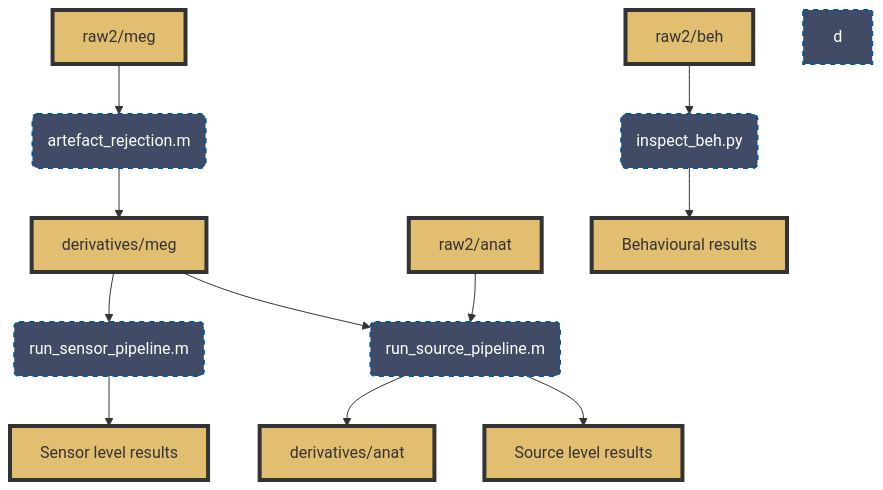
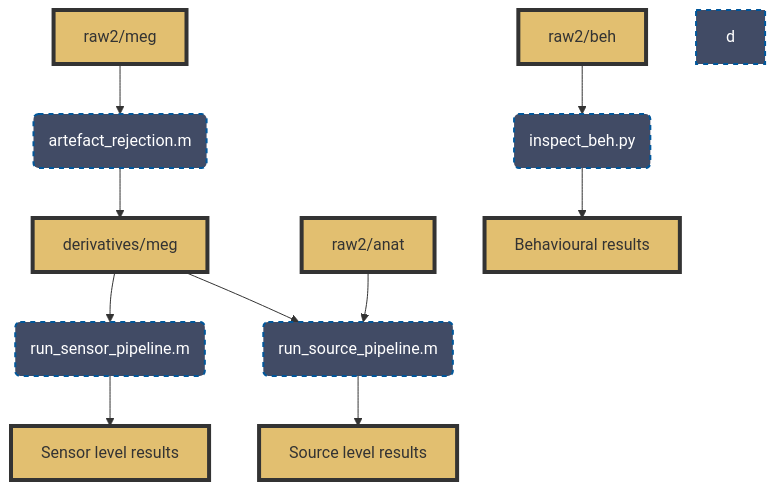
The first of 2 diagrams in README.md (henneysq/meg-ahat), drawn with Mermaid before and after one commit. The commit also changed other lines of this file, not shown here.

````diff
--- a/README.md
+++ b/README.md
@@ -146,26 +143,25 @@
 ```mermaid
 graph TD;
     A[raw2/meg]-->a(artefact_rejection.m)-->B[derivatives/meg];
     
     B-->b(run_sensor_pipeline.m)-->D[Sensor level results]
 
-    C[raw2/anat]-->c(run_source_pipeline.m)-->E[derivatives/anat]
+    C[raw2/anat]-->c(run_source_pipeline.m)
     
     B-->c-->F[Source level results]
 
     G[raw2/beh]-->e(inspect_beh.py)-->H[Behavioural results]
     
     style a fill:#414b65,stroke:#01579b,stroke-width:2px,color:#FFFFFF,stroke-dasharray: 5 5
     style b fill:#414b65,stroke:#01579b,stroke-width:2px,color:#FFFFFF,stroke-dasharray: 5 5
     style c fill:#414b65,stroke:#01579b,stroke-width:2px,color:#FFFFFF,stroke-dasharray: 5 5
     style d fill:#414b65,stroke:#01579b,stroke-width:2px,color:#FFFFFF,stroke-dasharray: 5 5
     style e fill:#414b65,stroke:#01579b,stroke-width:2px,color:#FFFFFF,stroke-dasharray: 5 5
     style A fill:#e2bf70,stroke:#333,stroke-width:4px
     style B fill:#e2bf70,stroke:#333,stroke-width:4px
     style C fill:#e2bf70,stroke:#333,stroke-width:4px
     style D fill:#e2bf70,stroke:#333,stroke-width:4px
-    style E fill:#e2bf70,stroke:#333,stroke-width:4px
     style F fill:#e2bf70,stroke:#333,stroke-width:4px
     style G fill:#e2bf70,stroke:#333,stroke-width:4px
     style H fill:#e2bf70,stroke:#333,stroke-width:4px
 ```
````
